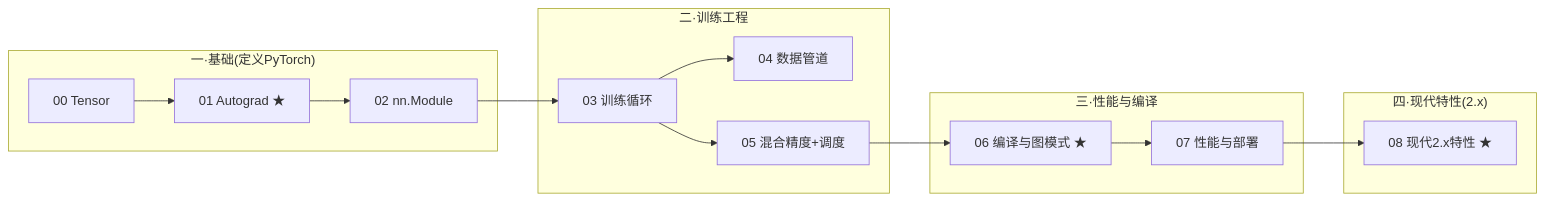
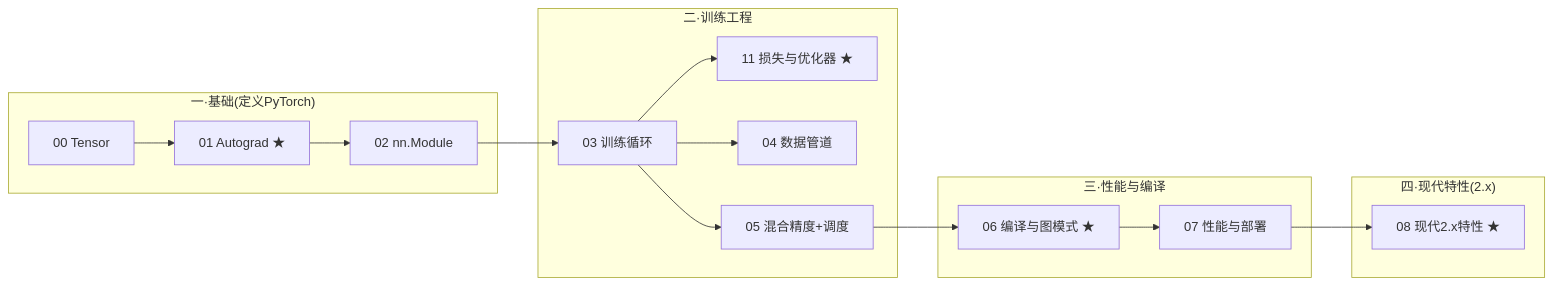
The diagram in 讲透PyTorch/README.md (leemiracle/work4ai), drawn with Mermaid before and after one commit. The commit also changed other lines of this file and 71 other files, not shown here.

````diff
--- a/讲透PyTorch/README.md
+++ b/讲透PyTorch/README.md
@@ -48,19 +50,20 @@
 ```mermaid
 graph LR
     subgraph 基础["一·基础(定义PyTorch)"]
         T[00 Tensor] --> A[01 Autograd ★]
         A --> M[02 nn.Module]
     end
     subgraph 训练["二·训练工程"]
         M --> TL[03 训练循环]
+        TL --> LO[11 损失与优化器 ★]
         TL --> DP[04 数据管道]
         TL --> AMP[05 混合精度+调度]
     end
     subgraph 性能["三·性能与编译"]
         AMP --> CO[06 编译与图模式 ★]
         CO --> P[07 性能与部署]
     end
     subgraph 现代["四·现代特性(2.x)"]
         P --> MD[08 现代2.x特性 ★]
     end
 ```
````
